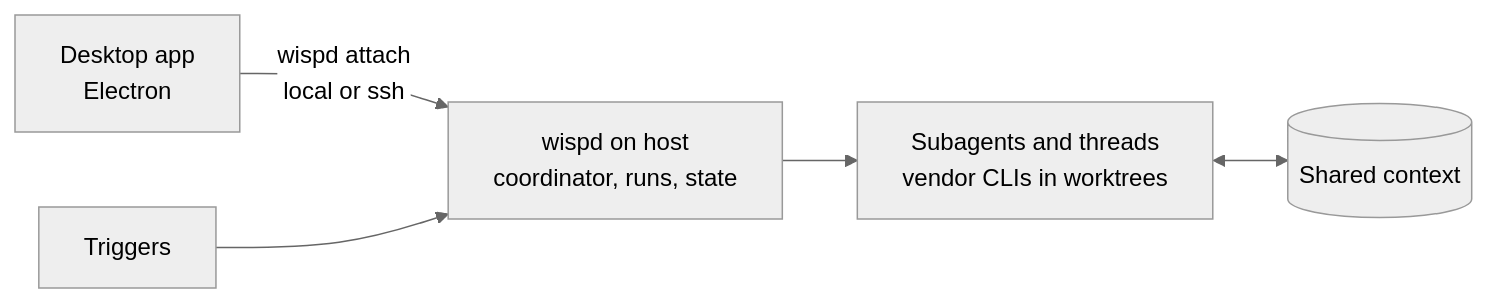
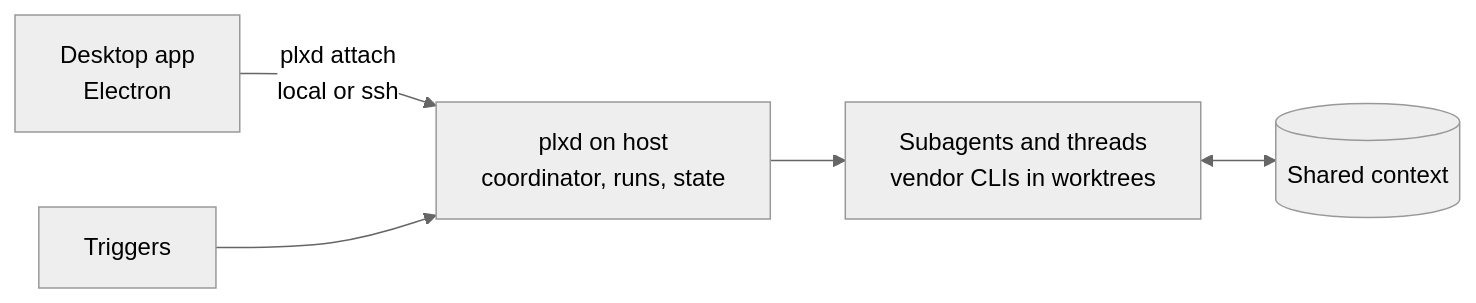
Before and after one commit to ryan-stoffel/parallax: the diagram in docs/PLAN.md, drawn with Mermaid (neutral theme). The commit also changed other lines of this file and 443 other files, not shown here.

````diff
--- a/docs/PLAN.md
+++ b/docs/PLAN.md
@@ -47,7 +47,7 @@
 ```mermaid
 flowchart LR
-  A[Desktop app<br/>Electron] -- "wispd attach<br/>local or ssh" --> H[wispd on host<br/>coordinator, runs, state]
+  A[Desktop app<br/>Electron] -- "plxd attach<br/>local or ssh" --> H[plxd on host<br/>coordinator, runs, state]
   T[Triggers] --> H
   H --> W[Subagents and threads<br/>vendor CLIs in worktrees]
   W <--> S[(Shared context)]
 ```
````
